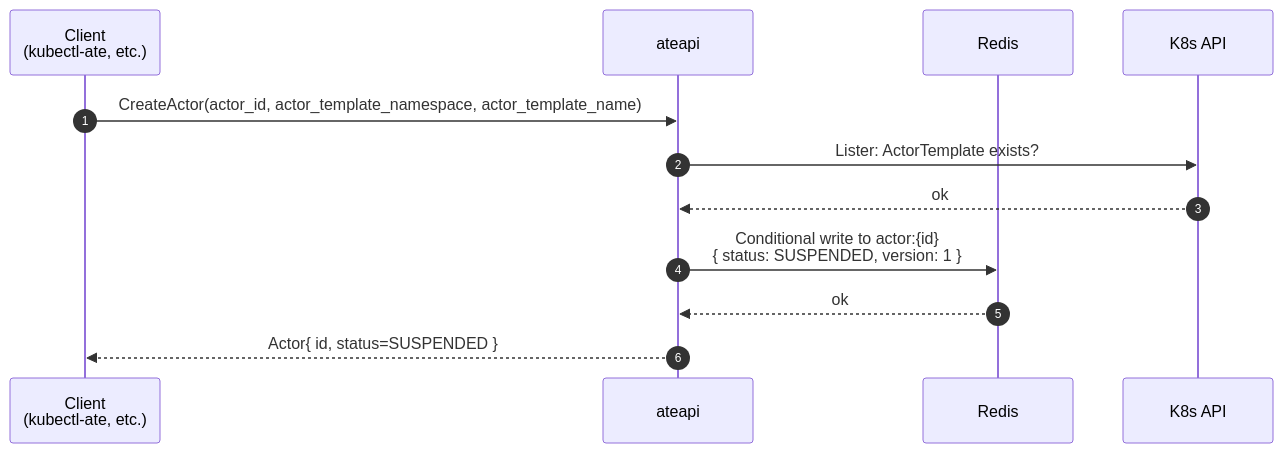
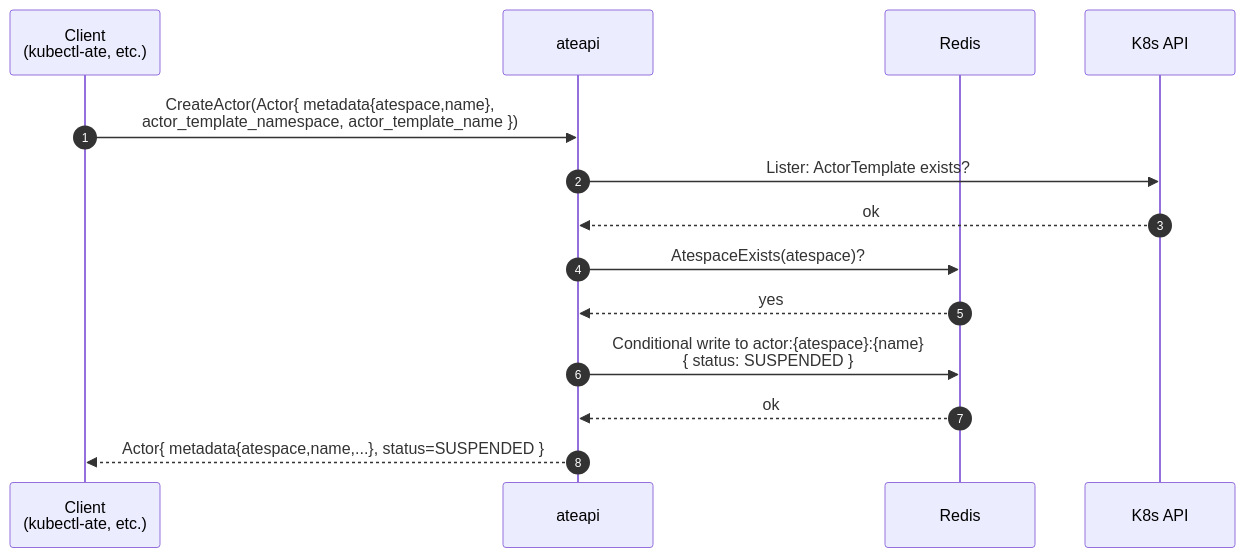
The diagram in atlas/src/content/docs/flows/create-actor.mdx (christian-posta/substrate), drawn with Mermaid before and after one commit. The commit also changed other lines of this file and 28 other files, not shown here.

````diff
--- a/atlas/src/content/docs/flows/create-actor.mdx
+++ b/atlas/src/content/docs/flows/create-actor.mdx
@@ -12,15 +17,17 @@
 ```mermaid
 sequenceDiagram
   autonumber
   participant C as Client<br/>(kubectl-ate, etc.)
   participant A as ateapi
   participant R as Redis
 
   participant K as K8s API
-  C->>A: CreateActor(actor_id, actor_template_namespace, actor_template_name)
+  C->>A: CreateActor(Actor{ metadata{atespace,name},<br/>actor_template_namespace, actor_template_name })
   A->>K: Lister: ActorTemplate exists?
   K-->>A: ok
-  A->>R: Conditional write to actor:{id}<br/>{ status: SUSPENDED, version: 1 }
+  A->>R: AtespaceExists(atespace)?
+  R-->>A: yes
+  A->>R: Conditional write to actor:{atespace}:{name}<br/>{ status: SUSPENDED }
   R-->>A: ok
-  A-->>C: Actor{ id, status=SUSPENDED }
+  A-->>C: Actor{ metadata{atespace,name,...}, status=SUSPENDED }
 ```
````
